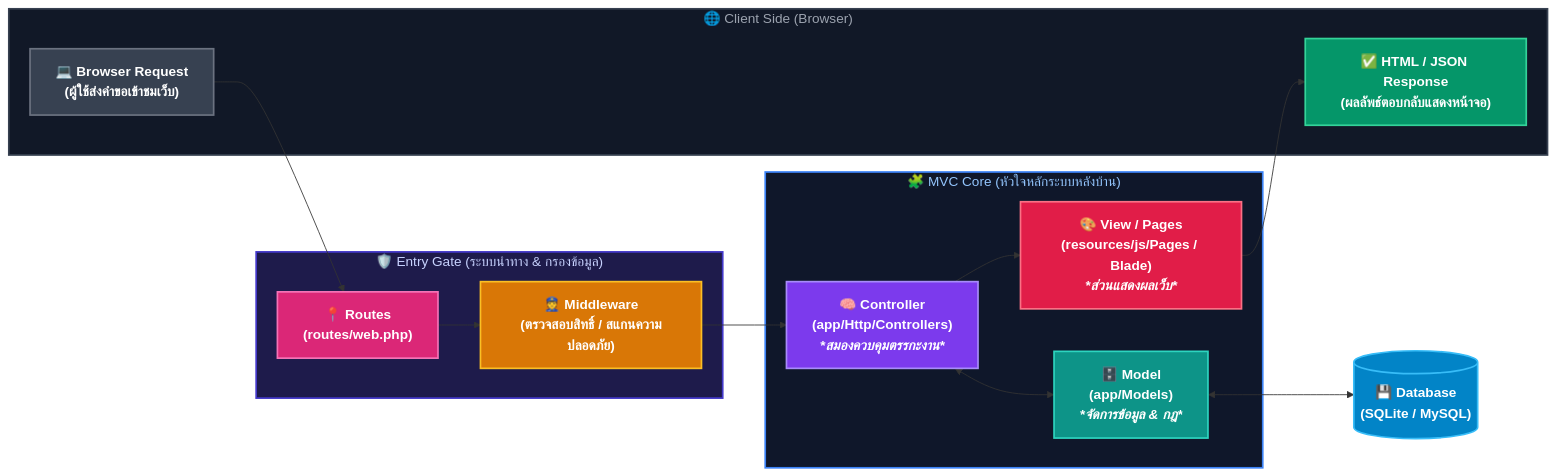
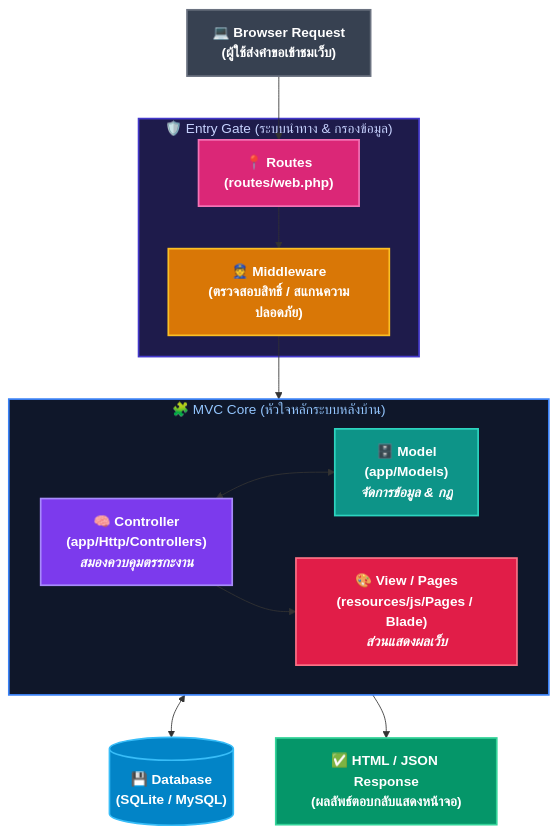
Before and after one commit to Krungsri/laravel-vibecode: the first of 7 diagrams in 01-lesson.md, drawn with Mermaid. The commit also changed 3 other files, not shown here.

First line of the commit message:
fix: resolve Mermaid text clipping and add Sarabun font for content

````diff
--- a/01-lesson.md
+++ b/01-lesson.md
@@ -313,50 +313,50 @@
 ```mermaid
-flowchart LR
-    %% Browser / Client Group
-    subgraph Client ["🌐 Client Side (Browser)"]
-        U["💻 Browser Request<br>(ผู้ใช้ส่งคำขอเข้าชมเว็บ)"]
-        U2["✅ HTML / JSON Response<br>(ผลลัพธ์ตอบกลับแสดงหน้าจอ)"]
-    end
+flowchart TD
+    %% Browser Request (Top)
+    U["💻 Browser Request<br>(ผู้ใช้ส่งคำขอเข้าชมเว็บ)"]
 
     %% Routing & Gatekeepers
     subgraph Gate ["🛡️ Entry Gate (ระบบนำทาง & กรองข้อมูล)"]
         R["📍 <b>Routes</b><br>(routes/web.php)"]
         M["👮 <b>Middleware</b><br>(ตรวจสอบสิทธิ์ / สแกนความปลอดภัย)"]
     end
 
-    %% MVC Core Architecture
+    %% MVC Core Architecture (LR inside)
     subgraph MVC ["🧩 MVC Core (หัวใจหลักระบบหลังบ้าน)"]
-        C["🧠 <b>Controller</b><br>(app/Http/Controllers)<br><i>*สมองควบคุมตรรกะงาน*</i>"]
-        Mo["🗄️ <b>Model</b><br>(app/Models)<br><i>*จัดการข้อมูล & กฎ*</i>"]
-        V["🎨 <b>View / Pages</b><br>(resources/js/Pages / Blade)<br><i>*ส่วนแสดงผลเว็บ*</i>"]
+        direction LR
+        C["🧠 <b>Controller</b><br>(app/Http/Controllers)<br><i>สมองควบคุมตรรกะงาน</i>"]
+        Mo["🗄️ <b>Model</b><br>(app/Models)<br><i>จัดการข้อมูล & กฎ</i>"]
+        V["🎨 <b>View / Pages</b><br>(resources/js/Pages / Blade)<br><i>ส่วนแสดงผลเว็บ</i>"]
     end
 
     %% Database
     DB[("💾 <b>Database</b><br>(SQLite / MySQL)")]
+
+    %% Response (Bottom)
+    U2["✅ HTML / JSON Response<br>(ผลลัพธ์ตอบกลับแสดงหน้าจอ)"]
 
     %% Process flow
     U --> R
     R --> M
     M --> C
     C <--> Mo
     Mo <--> DB
     C --> V
     V --> U2
 
-    %% Premium CSS/Mermaid Styling
-    style Client fill:#111827,stroke:#374151,stroke-width:2px,color:#9ca3af
+    %% Styling
     style Gate fill:#1e1b4b,stroke:#4338ca,stroke-width:2px,color:#c7d2fe
     style MVC fill:#0f172a,stroke:#3b82f6,stroke-width:2px,color:#93c5fd
-    
+
     style U fill:#374151,stroke:#6b7280,stroke-width:2px,color:#ffffff,font-weight:bold
     style U2 fill:#059669,stroke:#34d399,stroke-width:2px,color:#ffffff,font-weight:bold
-    
+
     style R fill:#db2777,stroke:#f472b6,stroke-width:2px,color:#ffffff,font-weight:bold
     style M fill:#d97706,stroke:#fbbf24,stroke-width:2px,color:#ffffff,font-weight:bold
-    
+
     style C fill:#7c3aed,stroke:#a78bfa,stroke-width:2px,color:#ffffff,font-weight:bold
     style Mo fill:#0d9488,stroke:#2dd4bf,stroke-width:2px,color:#ffffff,font-weight:bold
     style V fill:#e11d48,stroke:#fb7185,stroke-width:2px,color:#ffffff,font-weight:bold
-    
+
     style DB fill:#0284c7,stroke:#38bdf8,stroke-width:2px,color:#ffffff,font-weight:bold
 ```
````
